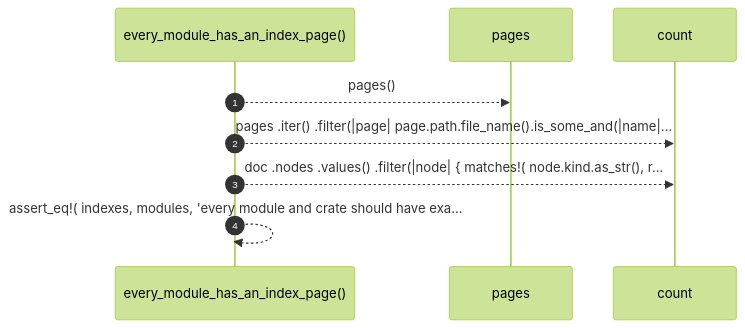
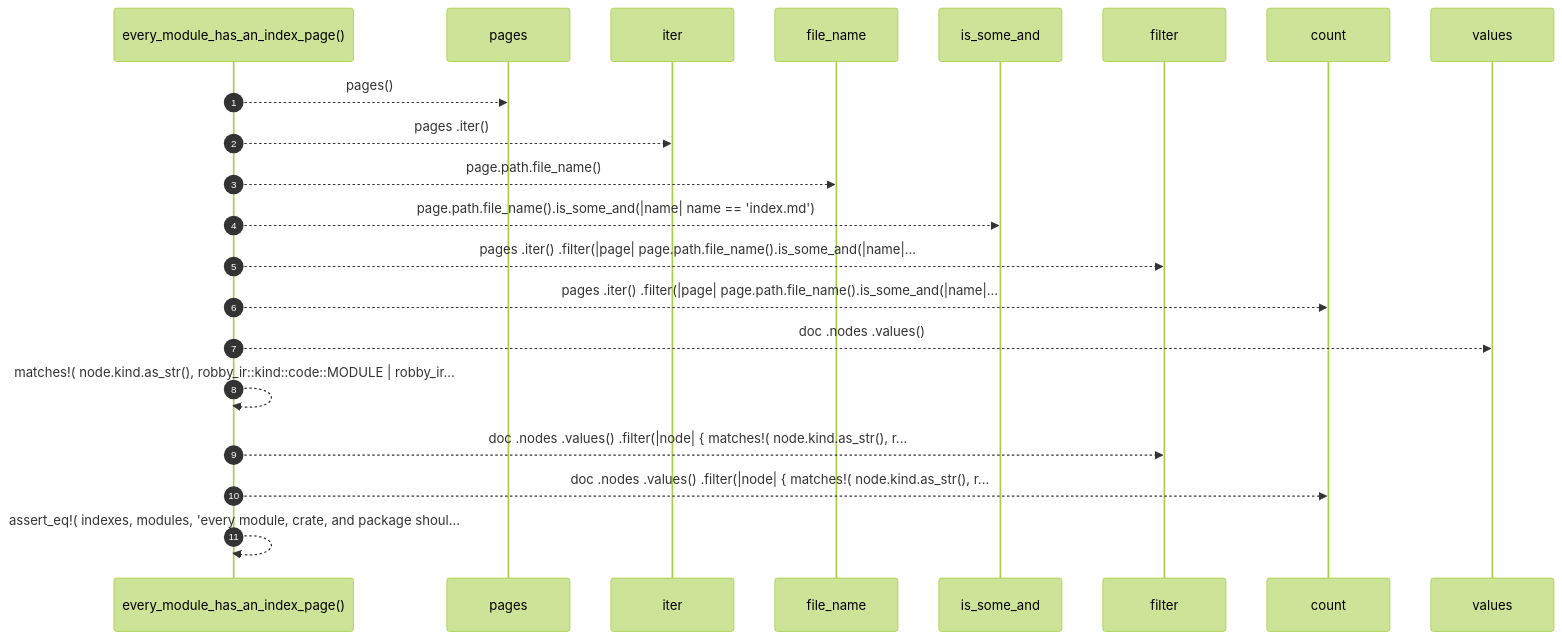
Before and after one commit to RyanGuild/self-describing-code: the diagram in .robby/diagrams/seq-rust-robby-render-test-tree-every-module-has-an-index-page.mmd, drawn with Mermaid (forest theme). The commit also changed 1404 other files, not shown here.

```diff
--- a/.robby/diagrams/seq-rust-robby-render-test-tree-every-module-has-an-index-page.mmd
+++ b/.robby/diagrams/seq-rust-robby-render-test-tree-every-module-has-an-index-page.mmd
@@ -1,9 +1,21 @@
 sequenceDiagram
     autonumber
     participant every_module_has_an_index_page as every_module_has_an_index_page()
     participant pages as pages
+    participant iter as iter
+    participant file_name as file_name
+    participant is_some_and as is_some_and
+    participant filter as filter
     participant count as count
+    participant values as values
     every_module_has_an_index_page-->>pages: pages()
+    every_module_has_an_index_page-->>iter: pages .iter()
+    every_module_has_an_index_page-->>file_name: page.path.file_name()
+    every_module_has_an_index_page-->>is_some_and: page.path.file_name().is_some_and(|name| name == 'index.md')
+    every_module_has_an_index_page-->>filter: pages .iter() .filter(|page| page.path.file_name().is_some_and(|name|...
     every_module_has_an_index_page-->>count: pages .iter() .filter(|page| page.path.file_name().is_some_and(|name|...
+    every_module_has_an_index_page-->>values: doc .nodes .values()
+    every_module_has_an_index_page-->>every_module_has_an_index_page: matches!( node.kind.as_str(), robby_ir::kind::code::MODULE | robby_ir...
+    every_module_has_an_index_page-->>filter: doc .nodes .values() .filter(|node| { matches!( node.kind.as_str(), r...
     every_module_has_an_index_page-->>count: doc .nodes .values() .filter(|node| { matches!( node.kind.as_str(), r...
-    every_module_has_an_index_page-->>every_module_has_an_index_page: assert_eq!( indexes, modules, 'every module and crate should have exa...
+    every_module_has_an_index_page-->>every_module_has_an_index_page: assert_eq!( indexes, modules, 'every module, crate, and package shoul...
```
